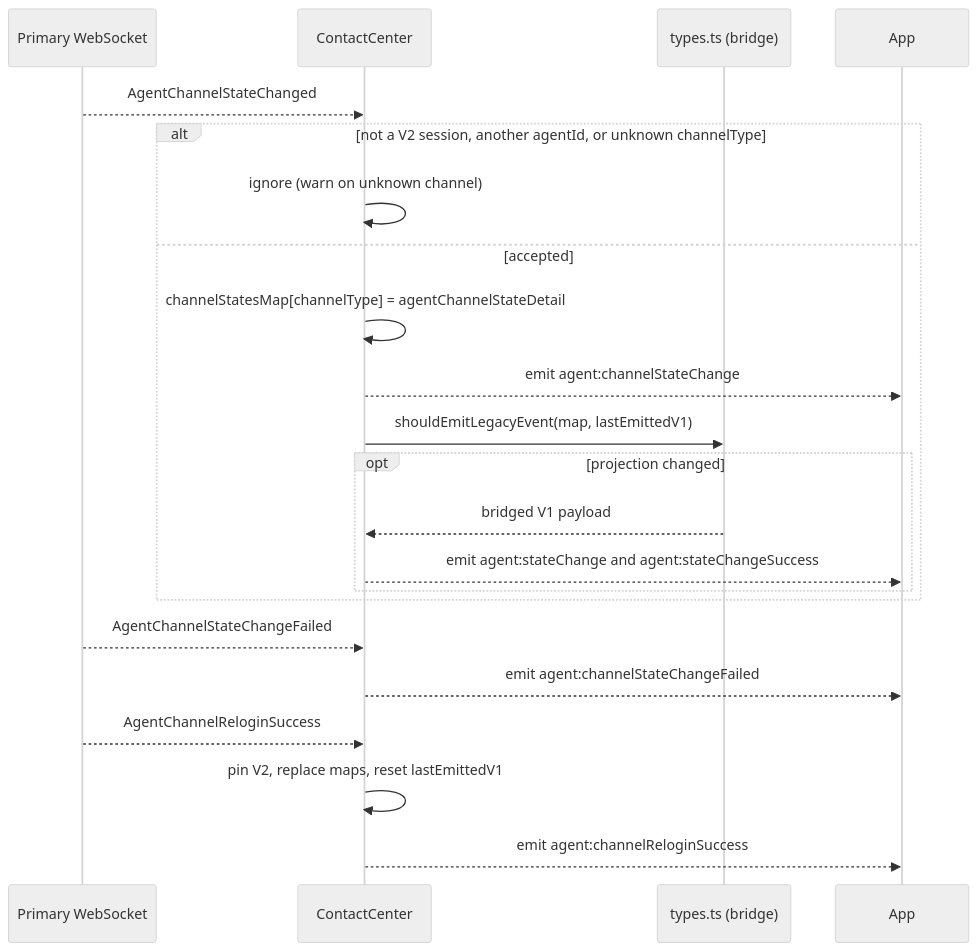
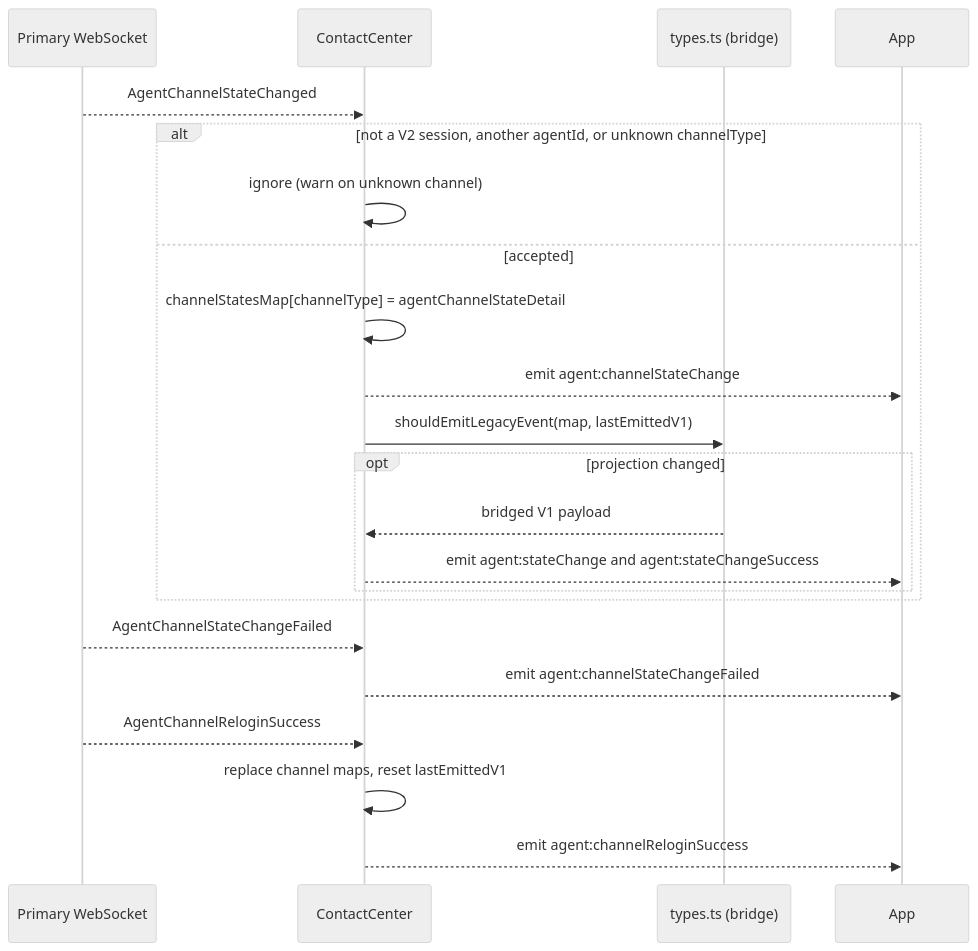
Before and after one commit to webex/webex-js-sdk: the sixth of 10 diagrams in packages/@webex/contact-center/src/docs/README.md, drawn with Mermaid (neutral theme). The commit also changed other lines of this file and 4 other files, not shown here.

````diff
--- a/packages/@webex/contact-center/src/docs/README.md
+++ b/packages/@webex/contact-center/src/docs/README.md
@@ -457,24 +456,24 @@
 ```mermaid
 sequenceDiagram
   participant WS as Primary WebSocket
   participant CC as ContactCenter
   participant Agg as types.ts (bridge)
   participant App
   WS-->>CC: AgentChannelStateChanged
   alt not a V2 session, another agentId, or unknown channelType
     CC->>CC: ignore (warn on unknown channel)
   else accepted
     CC->>CC: channelStatesMap[channelType] = agentChannelStateDetail
     CC-->>App: emit agent:channelStateChange
     CC->>Agg: shouldEmitLegacyEvent(map, lastEmittedV1)
     opt projection changed
       Agg-->>CC: bridged V1 payload
       CC-->>App: emit agent:stateChange and agent:stateChangeSuccess
     end
   end
   WS-->>CC: AgentChannelStateChangeFailed
   CC-->>App: emit agent:channelStateChangeFailed
   WS-->>CC: AgentChannelReloginSuccess
-  CC->>CC: pin V2, replace maps, reset lastEmittedV1
+  CC->>CC: replace channel maps, reset lastEmittedV1
   CC-->>App: emit agent:channelReloginSuccess
 ```
````
